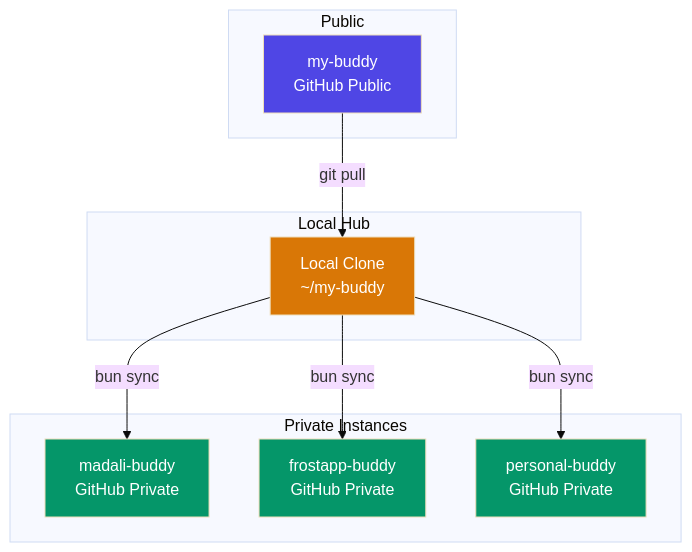
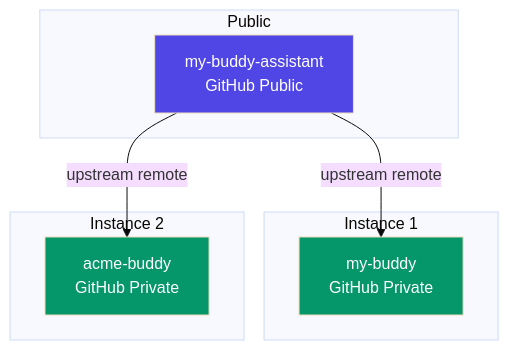
Before and after one commit to mayknxyz/my-buddy: the diagram in docs/multi-instance.md, drawn with Mermaid (base theme). The commit also changed other lines of this file and 11 other files, not shown here.

Commit message:
v0.5.0: replace hub-based sync with curl-install + upstream-remote architecture (#37) (#38)

````diff
--- a/docs/multi-instance.md
+++ b/docs/multi-instance.md
@@ -6,27 +7,21 @@
 ```mermaid
 flowchart TD
     subgraph Public
-        A[my-buddy<br/>GitHub Public]
+        A[my-buddy-assistant<br/>GitHub Public]
     end
 
-    subgraph Local Hub
-        B[Local Clone<br/>~/my-buddy]
+    subgraph Instance 1
+        B[my-buddy<br/>GitHub Private]
     end
 
-    subgraph Private Instances
-        C[madali-buddy<br/>GitHub Private]
-        D[frostapp-buddy<br/>GitHub Private]
-        E[personal-buddy<br/>GitHub Private]
+    subgraph Instance 2
+        C[acme-buddy<br/>GitHub Private]
     end
 
-    A -->|git pull| B
-    B -->|bun sync| C
-    B -->|bun sync| D
-    B -->|bun sync| E
+    A -->|upstream remote| B
+    A -->|upstream remote| C
 
     style A fill:#4f46e5,color:#fff
-    style B fill:#d97706,color:#fff
+    style B fill:#059669,color:#fff
     style C fill:#059669,color:#fff
-    style D fill:#059669,color:#fff
-    style E fill:#059669,color:#fff
 ```
````
